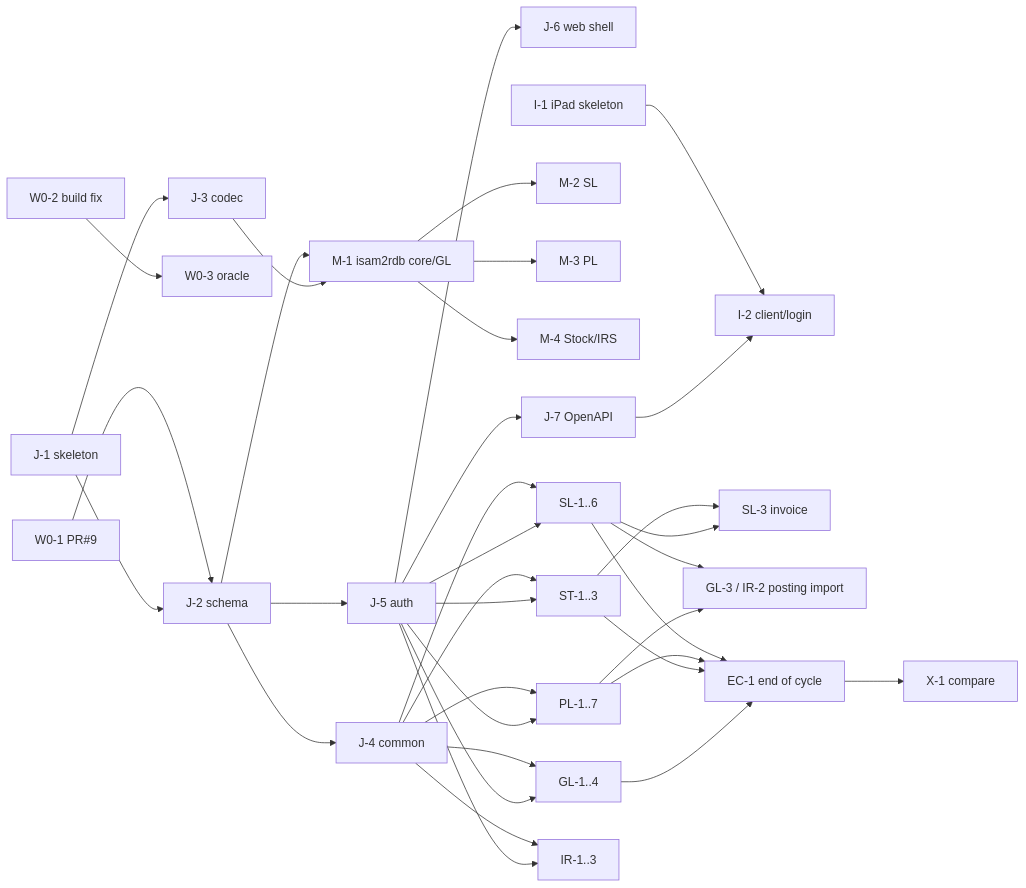
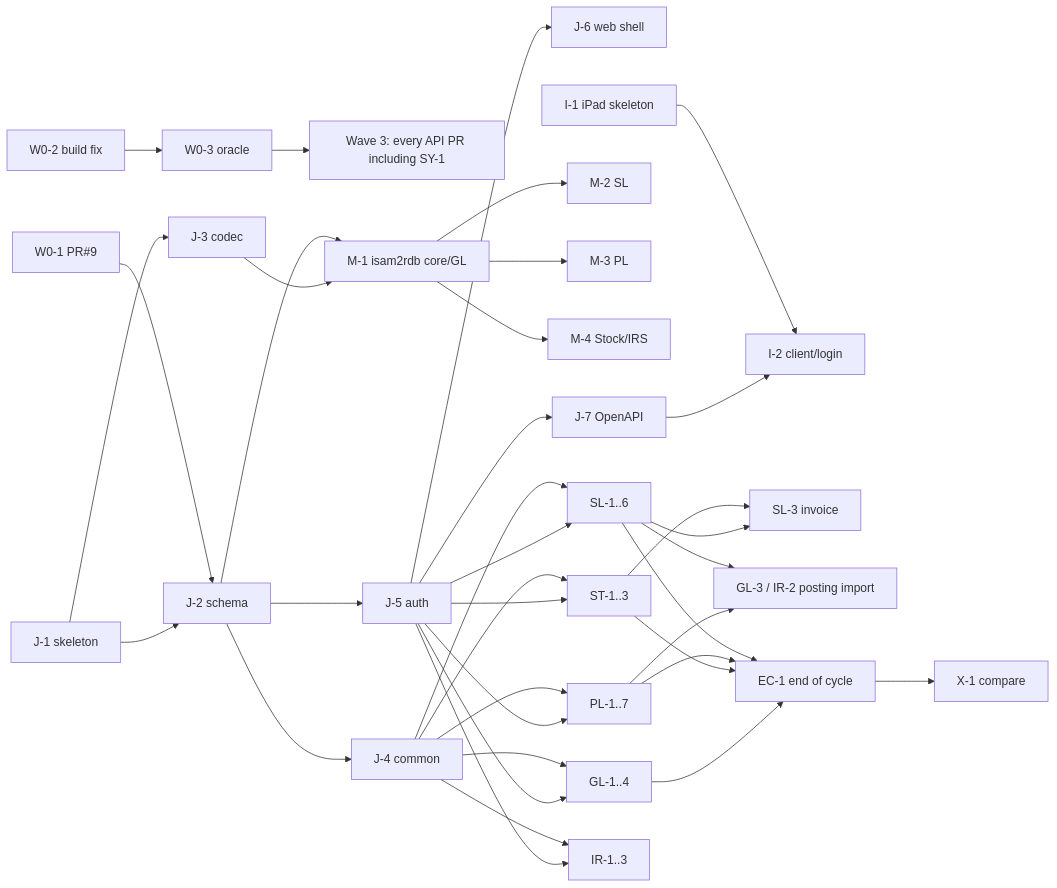
One commit to madmerger/ACAS changed the diagram in docs/migration/java-ipad-pr-plan.md. Above: the diagram before and after it, drawn with Mermaid. The commit also changed other lines of this file, not shown here.

Commit message:
docs: require oracle baseline for every Wave 3 API

````diff
--- a/docs/migration/java-ipad-pr-plan.md
+++ b/docs/migration/java-ipad-pr-plan.md
@@ -120,17 +122,18 @@
 ```mermaid
 flowchart LR
+    W03 --> W3[Wave 3: every API PR including SY-1]
     W01[W0-1 PR#9] --> J2
     W02[W0-2 build fix] --> W03[W0-3 oracle]
     J1[J-1 skeleton] --> J2[J-2 schema] & J3[J-3 codec]
     J2 --> J4[J-4 common] & J5[J-5 auth]
     J5 --> J6[J-6 web shell] & J7[J-7 OpenAPI]
     J2 & J3 --> M1[M-1 isam2rdb core/GL] --> M2[M-2 SL] & M3[M-3 PL] & M4[M-4 Stock/IRS]
     I1[I-1 iPad skeleton] --> I2[I-2 client/login]
     J7 --> I2
     J4 & J5 --> SL1[SL-1..6] & PL1[PL-1..7] & ST1[ST-1..3] & GL1[GL-1..4] & IR1[IR-1..3]
     ST1 --> SL3[SL-3 invoice]
     SL1 --> SL3
     SL1 --> GL3[GL-3 / IR-2 posting import]
     PL1 --> GL3
     SL1 & PL1 & ST1 & GL1 --> EC1[EC-1 end of cycle] --> X1[X-1 compare]
 ```
````
